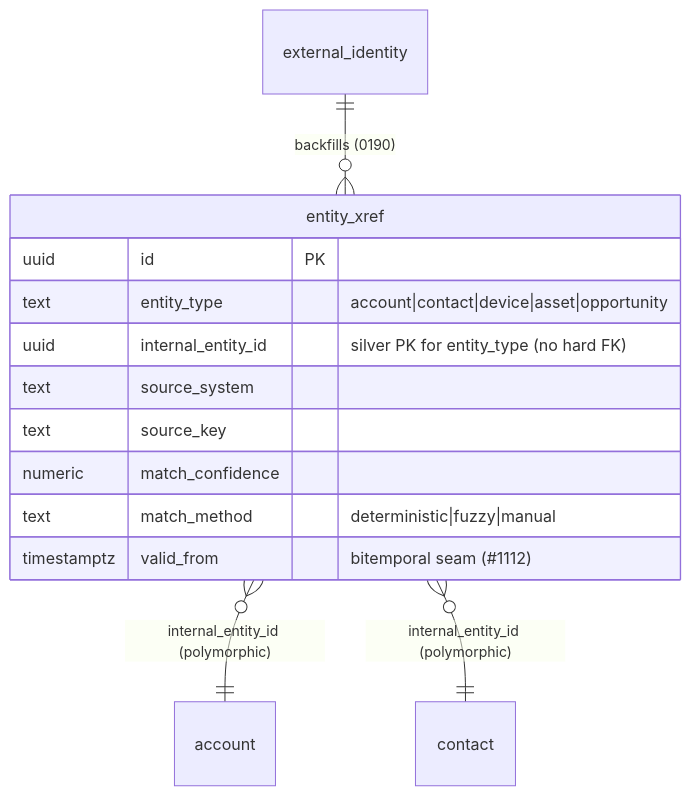
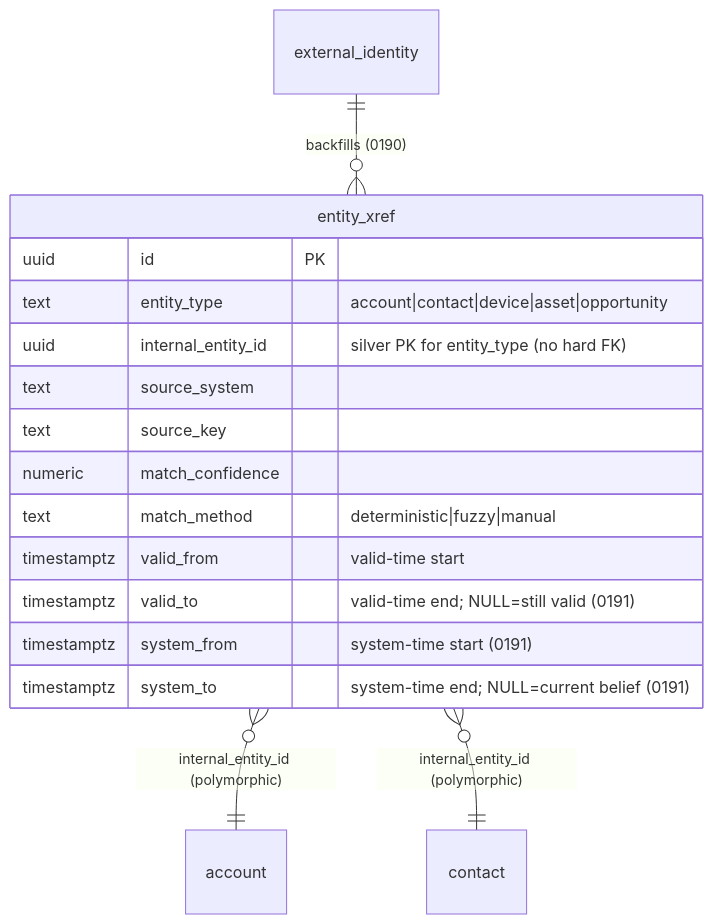
Before and after one commit to markdconnelly/ImperionCRM: diagram 21 of 21 in docs/database/data-model.md, drawn with Mermaid. The commit also changed other lines of this file and 6 other files, not shown here.

First line of the commit message:
feat(data-integrity): bitemporal entity_xref — valid-time + system-time (#1112)

````diff
--- a/docs/database/data-model.md
+++ b/docs/database/data-model.md
@@ -2994,16 +2999,19 @@
 ```mermaid
 erDiagram
     external_identity ||--o{ entity_xref : "backfills (0190)"
     entity_xref }o--|| account : "internal_entity_id (polymorphic)"
     entity_xref }o--|| contact : "internal_entity_id (polymorphic)"
     entity_xref {
         uuid id PK
         text entity_type "account|contact|device|asset|opportunity"
         uuid internal_entity_id "silver PK for entity_type (no hard FK)"
         text source_system
         text source_key
         numeric match_confidence
         text match_method "deterministic|fuzzy|manual"
-        timestamptz valid_from "bitemporal seam (#1112)"
+        timestamptz valid_from "valid-time start"
+        timestamptz valid_to "valid-time end; NULL=still valid (0191)"
+        timestamptz system_from "system-time start (0191)"
+        timestamptz system_to "system-time end; NULL=current belief (0191)"
     }
 ```
````
